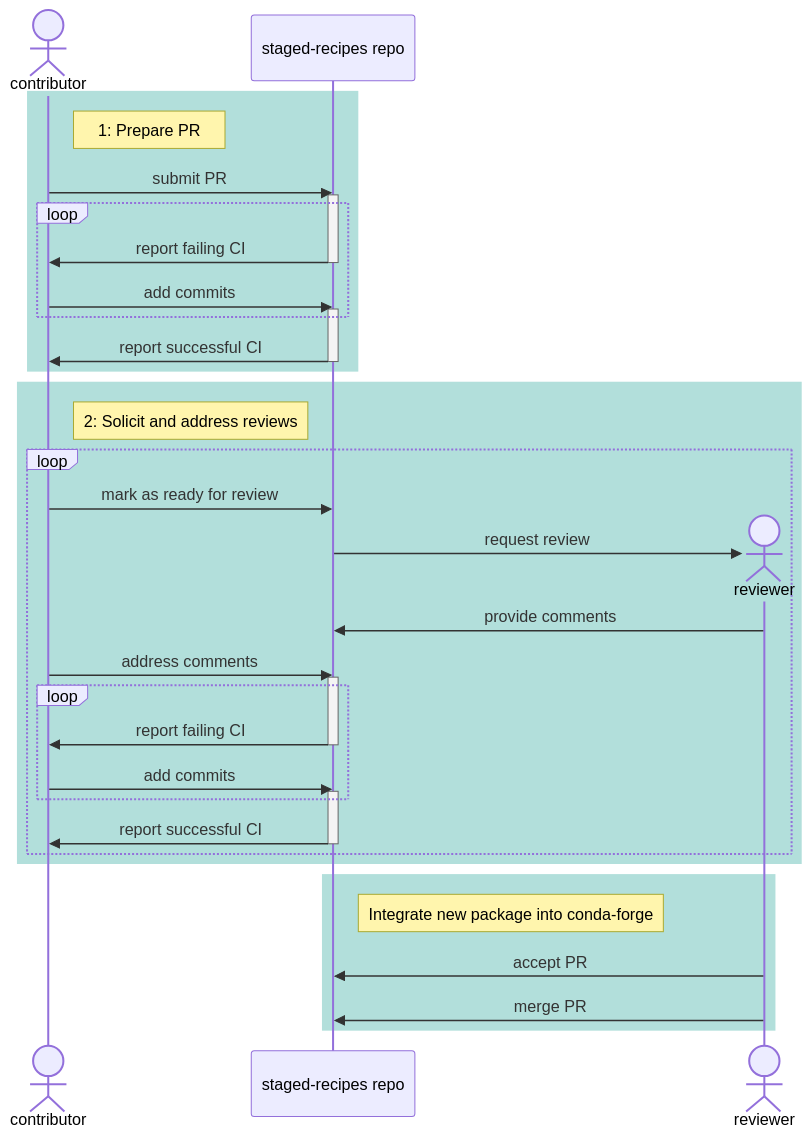
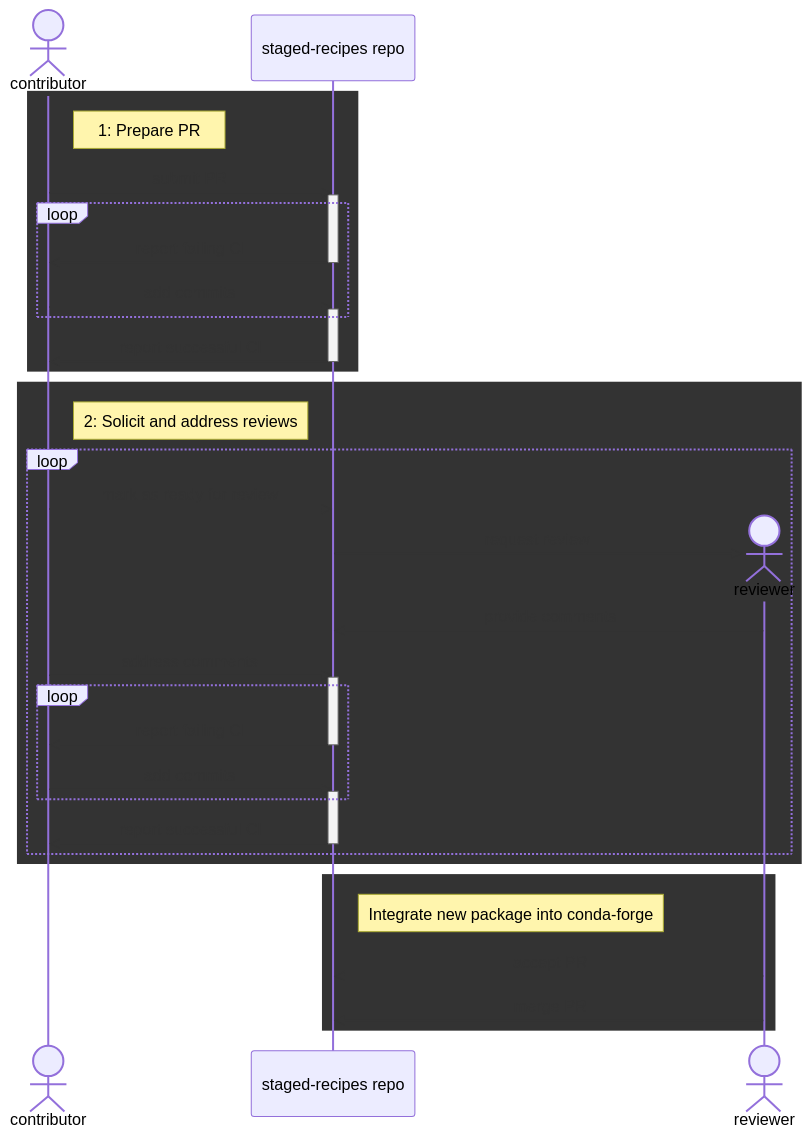
Before and after one commit to conda-forge/conda-forge.github.io: the first of 2 diagrams in docs/maintainer/understanding_conda_forge/staged_recipes.md, drawn with Mermaid. The commit also changed 1 other file, not shown here.

Commit message:
Better mermaid theming

````diff
--- a/docs/maintainer/understanding_conda_forge/staged_recipes.md
+++ b/docs/maintainer/understanding_conda_forge/staged_recipes.md
@@ -19,42 +19,42 @@
 ```mermaid
 sequenceDiagram
     actor c as contributor
     participant repo as staged-recipes repo
-    rect rgb(178, 223, 219)
+    rect var(--ifm-color-primary-contrast-background)
         Note right of c: 1: Prepare PR
         c->>repo: submit PR
         activate repo
         loop
             repo->>c: report failing CI
             deactivate repo
             c->>repo: add commits
             activate repo
         end
         repo->>c: report successful CI
         deactivate repo
     end
-    rect rgb(178, 223, 219)
+    rect var(--ifm-color-primary-contrast-background)
         Note right of c: 2: Solicit and address reviews
         loop
             c->>repo: mark as ready for review
             create actor reviewer
             repo->>reviewer: request review
             reviewer->>repo: provide comments
             c->>repo: address comments
             activate repo
             loop
                 repo->>c: report failing CI
                 deactivate repo
                 c->>repo: add commits
                 activate repo
             end
             repo->>c: report successful CI
             deactivate repo
         end
     end
-    rect rgb(178, 223, 219)
+    rect var(--ifm-color-primary-contrast-background)
         Note right of repo: Integrate new package into conda-forge
         reviewer->>repo: accept PR
         reviewer->>repo: merge PR
     end
 ```
````
